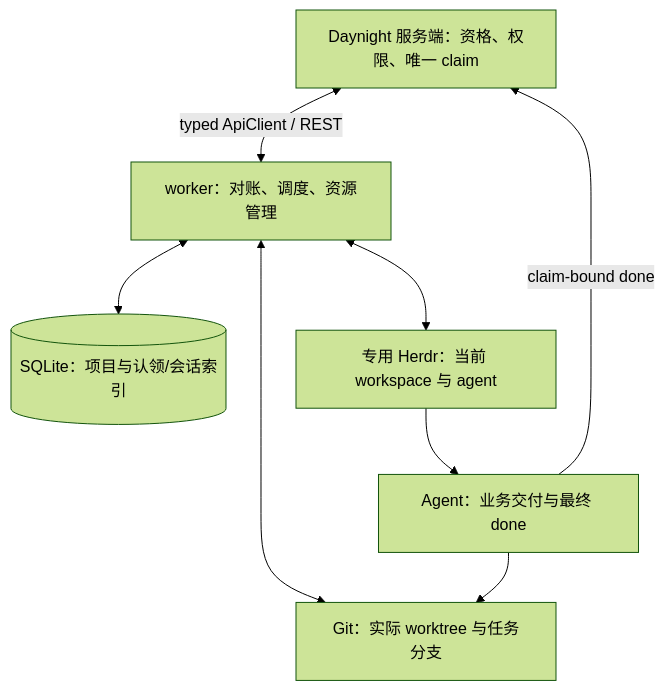
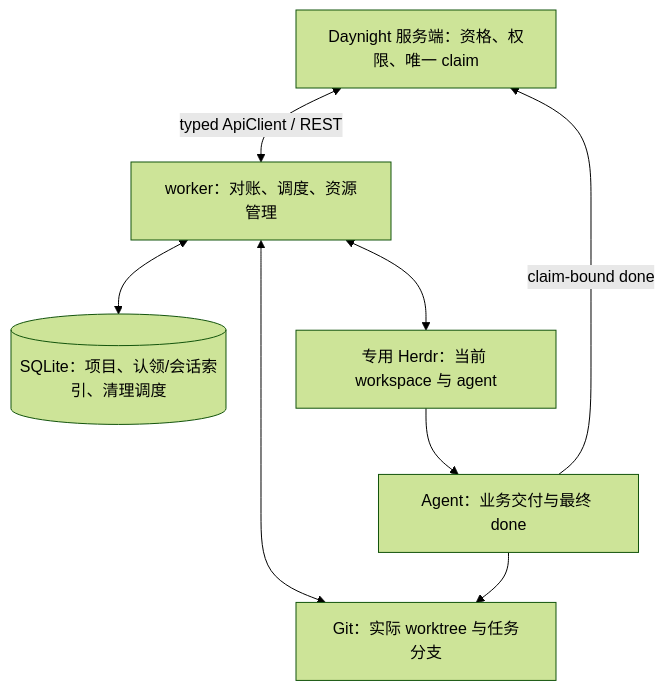
One commit to codetreker/daynight changed the diagram in docs/design/daynight-worker.md. Above: the diagram before and after it, drawn with Mermaid (forest theme). The commit also changed other lines of this file and 25 other files, not shown here.

````diff
--- a/docs/design/daynight-worker.md
+++ b/docs/design/daynight-worker.md
@@ -7,16 +7,16 @@
 ```mermaid
 flowchart TB
   S[Daynight 服务端：资格、权限、唯一 claim]
   W[worker：对账、调度、资源管理]
-  D[(SQLite：项目与认领/会话索引)]
+  D[(SQLite：项目、认领/会话索引、清理调度)]
   H[专用 Herdr：当前 workspace 与 agent]
   G[Git：实际 worktree 与任务分支]
   A[Agent：业务交付与最终 done]
   S <-->|typed ApiClient / REST| W
   W <--> D
   W <--> H
   W <--> G
   H --> A
   A --> G
   A -->|claim-bound done| S
 ```
````
